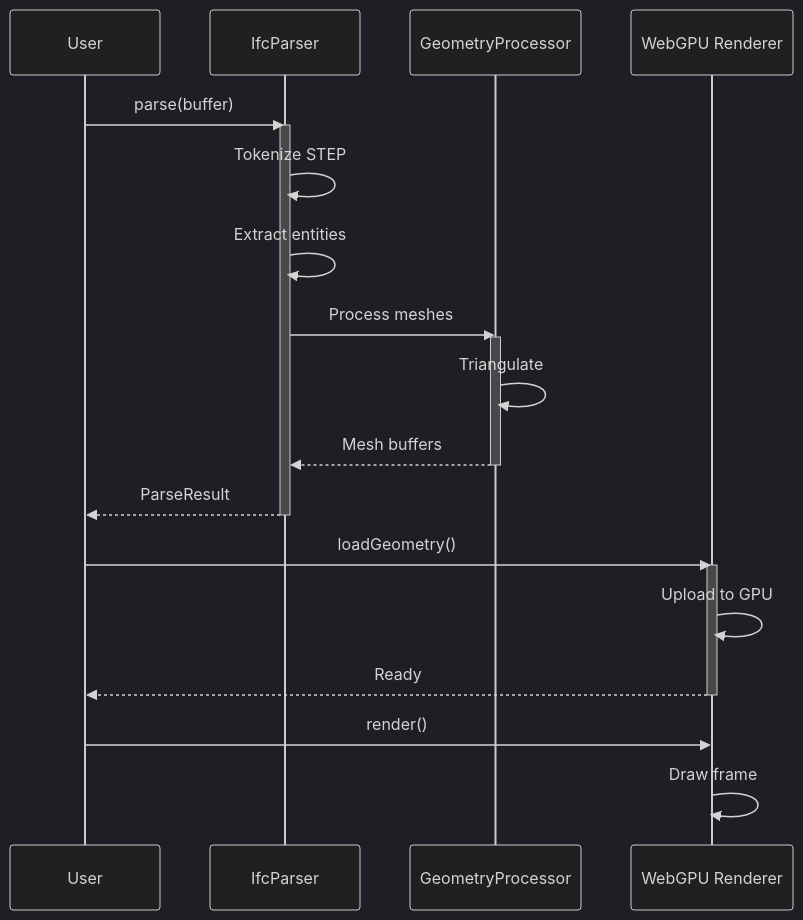
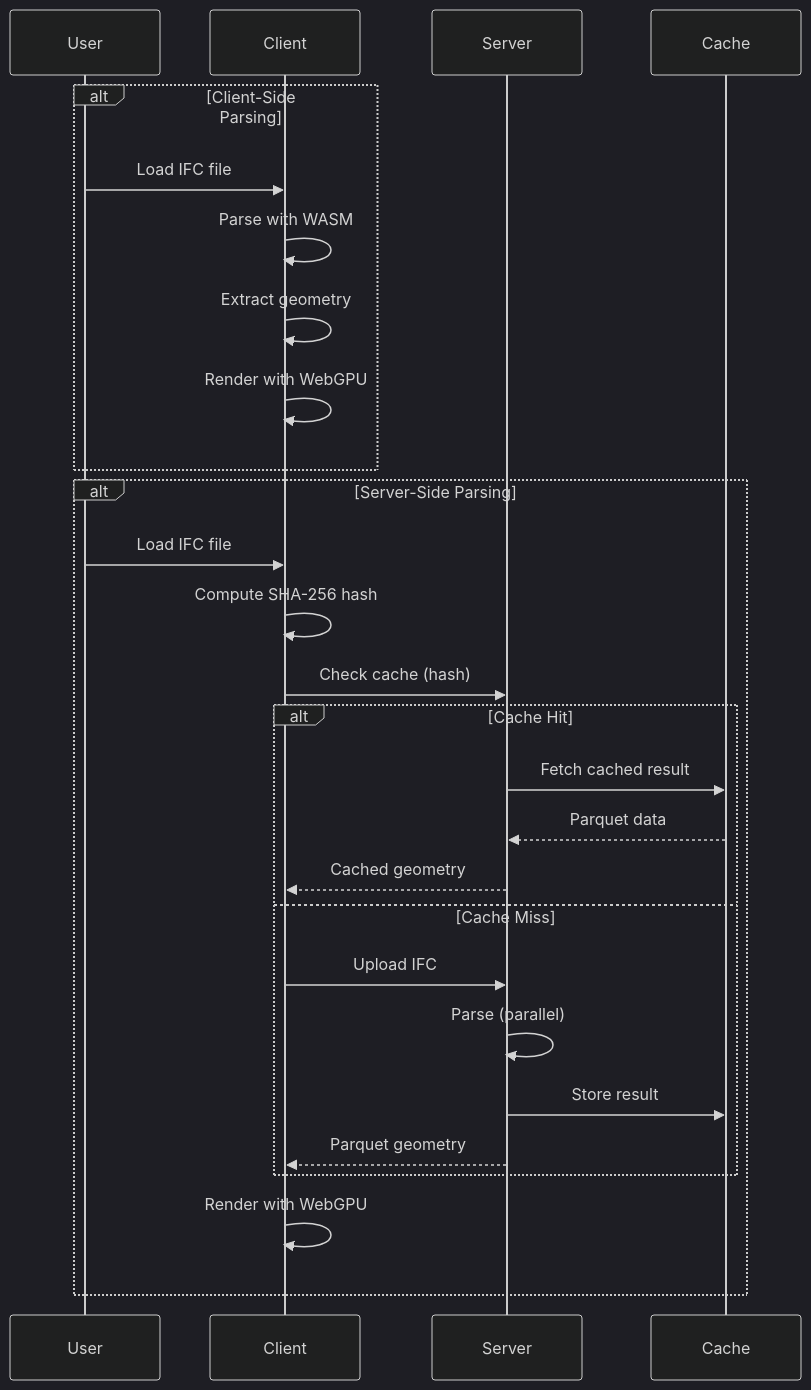
One commit to apollosbangalu/ifc-lite changed the diagram in docs/guide/quickstart.md. Above: the diagram before and after it, drawn with Mermaid (dark theme). The commit also changed other lines of this file and 8 other files, not shown here.

````diff
--- a/docs/guide/quickstart.md
+++ b/docs/guide/quickstart.md
@@ -76,28 +318,31 @@
 ```mermaid
 sequenceDiagram
     participant User
-    participant Parser as IfcParser
-    participant Geometry as GeometryProcessor
-    participant Renderer as WebGPU Renderer
+    participant Client
+    participant Server
+    participant Cache
 
-    User->>Parser: parse(buffer)
-    activate Parser
-    Parser->>Parser: Tokenize STEP
-    Parser->>Parser: Extract entities
-    Parser->>Geometry: Process meshes
-    activate Geometry
-    Geometry->>Geometry: Triangulate
-    Geometry-->>Parser: Mesh buffers
-    deactivate Geometry
-    Parser-->>User: ParseResult
-    deactivate Parser
+    alt Client-Side Parsing
+        User->>Client: Load IFC file
+        Client->>Client: Parse with WASM
+        Client->>Client: Extract geometry
+        Client->>Client: Render with WebGPU
+    end
 
-    User->>Renderer: loadGeometry()
-    activate Renderer
-    Renderer->>Renderer: Upload to GPU
-    Renderer-->>User: Ready
-    deactivate Renderer
-
-    User->>Renderer: render()
-    Renderer->>Renderer: Draw frame
+    alt Server-Side Parsing
+        User->>Client: Load IFC file
+        Client->>Client: Compute SHA-256 hash
+        Client->>Server: Check cache (hash)
+        alt Cache Hit
+            Server->>Cache: Fetch cached result
+            Cache-->>Server: Parquet data
+            Server-->>Client: Cached geometry
+        else Cache Miss
+            Client->>Server: Upload IFC
+            Server->>Server: Parse (parallel)
+            Server->>Cache: Store result
+            Server-->>Client: Parquet geometry
+        end
+        Client->>Client: Render with WebGPU
+    end
 ```
````
